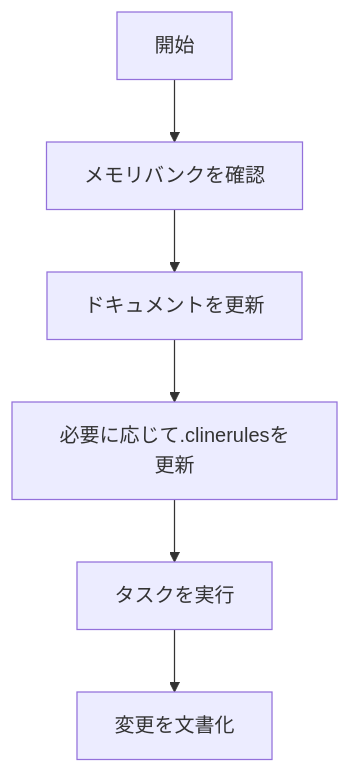
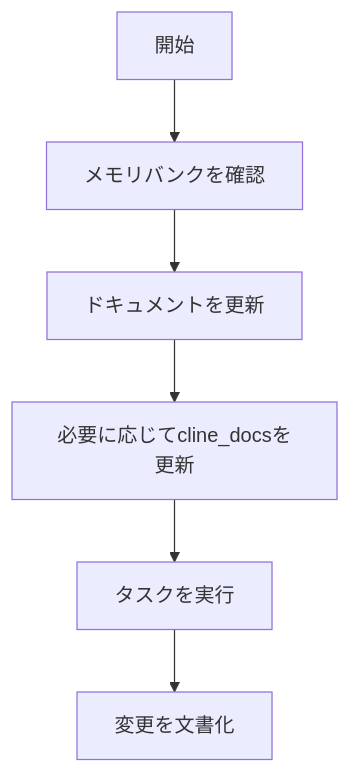
One commit to cline/cline changed the third of 5 diagrams in docs_ja/prompting/custom instructions library/raw-instructions/cline-memory-bank.md. Above: the diagram before and after it, drawn with Mermaid. The commit also changed other lines of this file, not shown here.

````diff
--- a/docs_ja/prompting/custom instructions library/raw-instructions/cline-memory-bank.md
+++ b/docs_ja/prompting/custom instructions library/raw-instructions/cline-memory-bank.md
@@ -84,8 +84,8 @@
 ```mermaid
 flowchart TD
     Start[開始] --> Context[メモリバンクを確認]
     Context --> Update[ドキュメントを更新]
-    Update --> Rules[必要に応じて.clinerulesを更新]
+    Update --> Rules[必要に応じてcline_docsを更新]
     Rules --> Execute[タスクを実行]
     Execute --> Document[変更を文書化]
 ```
````
